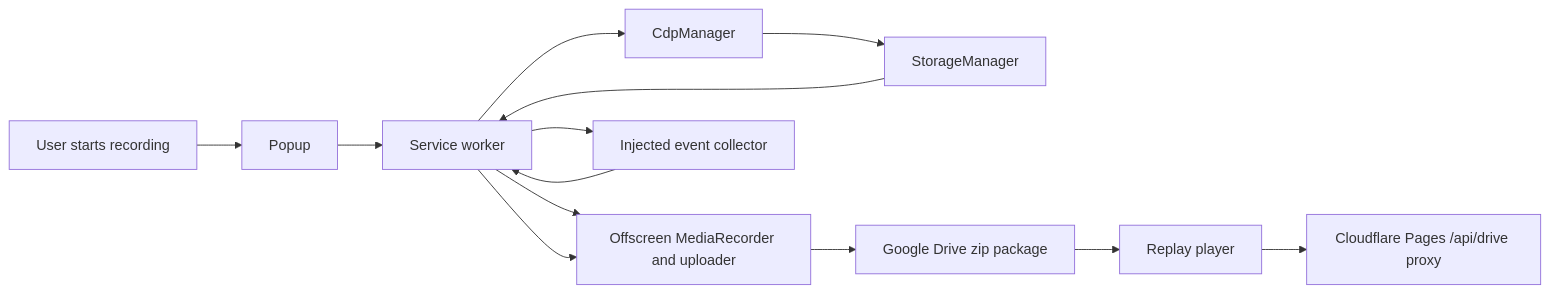
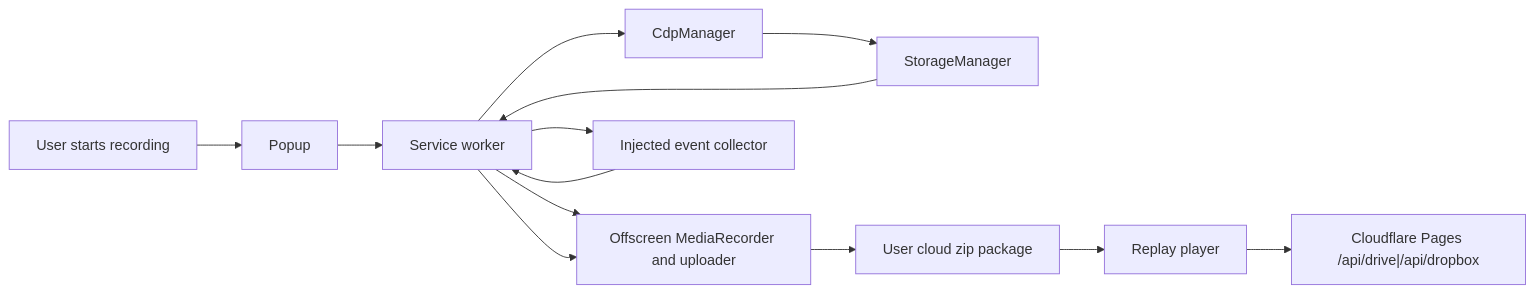
Before and after one commit to gnasdev/gn-tracing: the diagram in docs/overview.md, drawn with Mermaid. The commit also changed other lines of this file and 86 other files, not shown here.

First line of the commit message:
feat(storage): multi-cloud Drive + Dropbox, remove OneDrive

````diff
--- a/docs/overview.md
+++ b/docs/overview.md
@@ -50,15 +50,15 @@
 ```mermaid
 flowchart LR
   User["User starts recording"] --> Popup["Popup"]
   Popup --> ServiceWorker["Service worker"]
   ServiceWorker --> Cdp["CdpManager"]
   ServiceWorker --> Offscreen["Offscreen MediaRecorder and uploader"]
   ServiceWorker --> Events["Injected event collector"]
   Cdp --> Storage["StorageManager"]
   Events --> ServiceWorker
   Storage --> ServiceWorker
   ServiceWorker --> Offscreen
-  Offscreen --> Drive["Google Drive zip package"]
-  Drive --> Player["Replay player"]
-  Player --> Proxy["Cloudflare Pages /api/drive proxy"]
+  Offscreen --> Cloud["User cloud zip package"]
+  Cloud --> Player["Replay player"]
+  Player --> Proxy["Cloudflare Pages /api/drive|/api/dropbox"]
 ```
````
